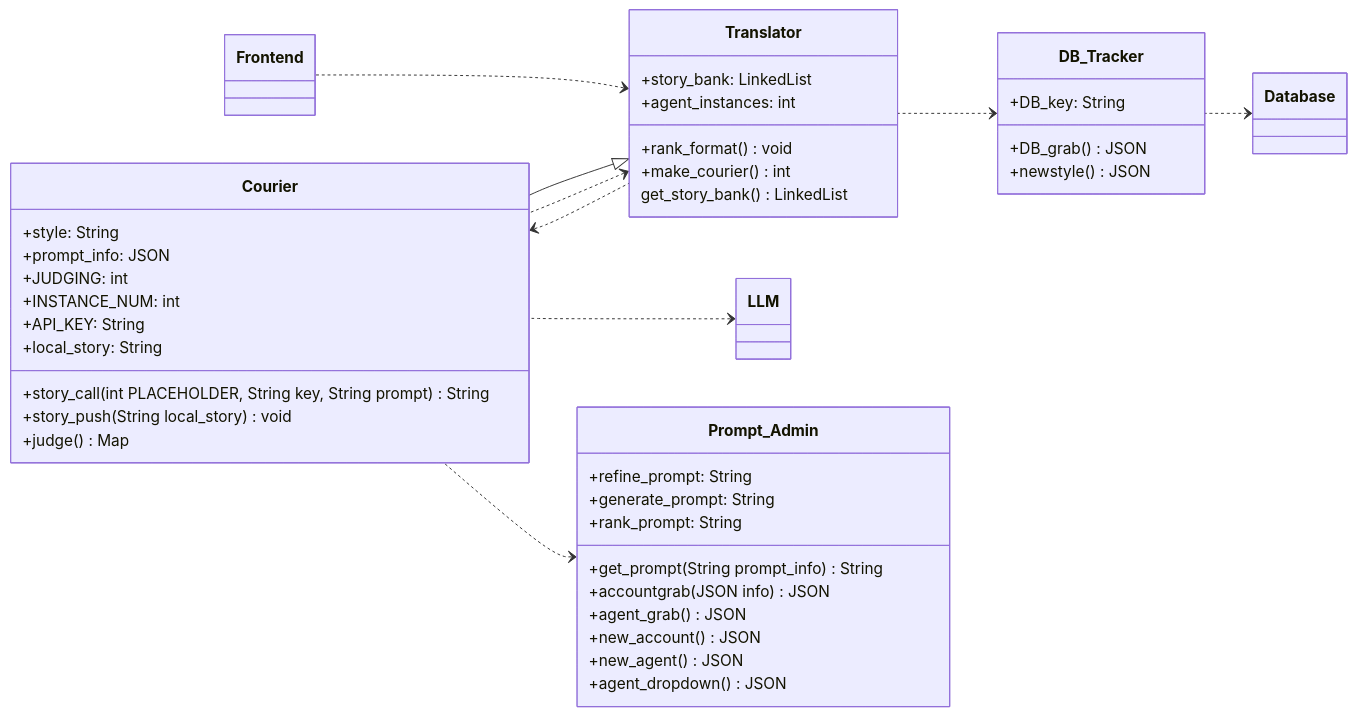
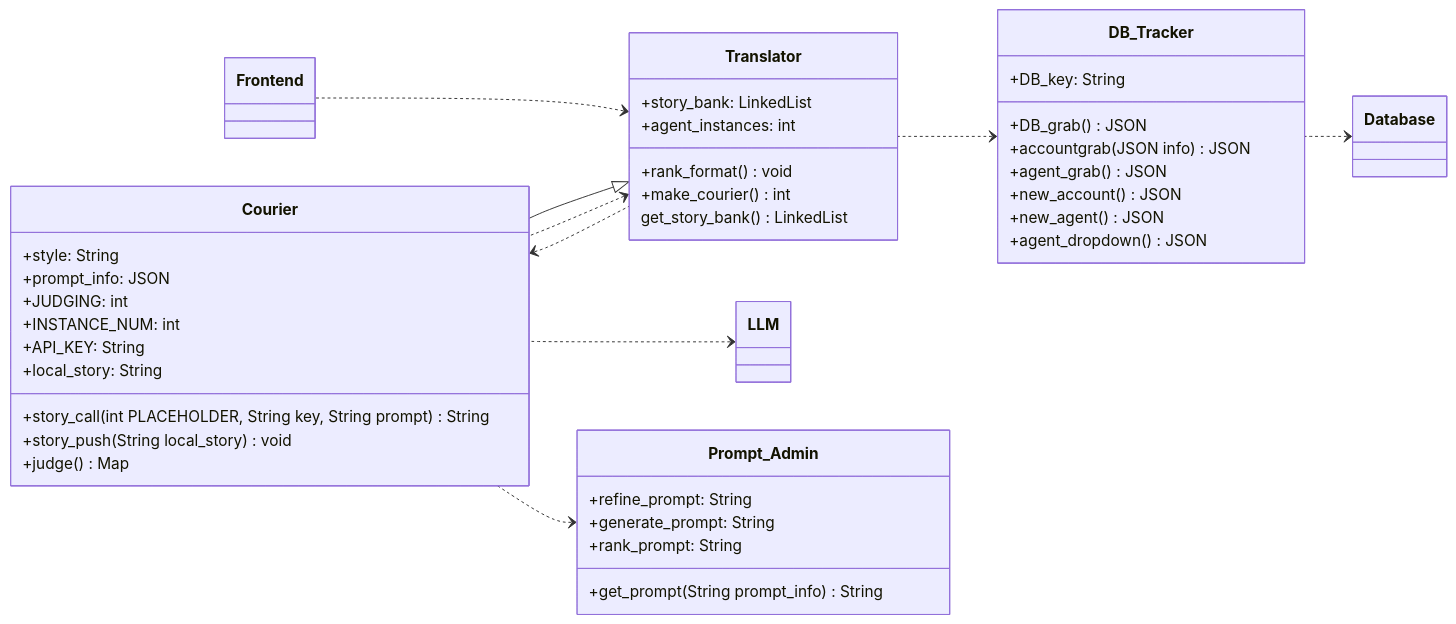
The second of 2 diagrams in documentation/docs/system-architecture/class-diagrams.md (Capstone-Projects-2025-Spring/project-003-story-builder-team-1), drawn with Mermaid before and after one commit. The commit also changed other lines of this file, not shown here.

````diff
--- a/documentation/docs/system-architecture/class-diagrams.md
+++ b/documentation/docs/system-architecture/class-diagrams.md
@@ -360,56 +360,54 @@
 ```mermaid
 classDiagram
 direction RL
 
 Translator <.. Frontend
 DB_Tracker <.. Translator
 Database <.. DB_Tracker
 Courier <.. Translator
 Translator <|-- Courier
 Translator <.. Courier
 LLM <.. Courier
 Prompt_Admin <.. Courier
 
 class Translator {
    +story_bank: LinkedList
    +agent_instances: int
 
    +rank_format() void
    +make_courier() int
    get_story_bank() LinkedList
 }
 
 class DB_Tracker {
    +DB_key: String
 
    +DB_grab() JSON
-   +newstyle() JSON
-
+   +accountgrab(JSON info) JSON
+   +agent_grab() JSON
+   +new_account() JSON
+   +new_agent() JSON
+   +agent_dropdown() JSON
 }
 
 class Courier {
    +style: String
    +prompt_info: JSON
    +JUDGING: int
    +INSTANCE_NUM: int
    +API_KEY: String
    +local_story: String
 
    +story_call(int PLACEHOLDER, String key, String prompt) String
    +story_push(String local_story) void
    +judge() Map
 }
 
 class Prompt_Admin {
    +refine_prompt: String
    +generate_prompt: String
    +rank_prompt: String
 
    +get_prompt(String prompt_info) String
-   +accountgrab(JSON info) JSON
-   +agent_grab() JSON
-   +new_account() JSON
-   +new_agent() JSON
-   +agent_dropdown() JSON
 }
 ```
````
